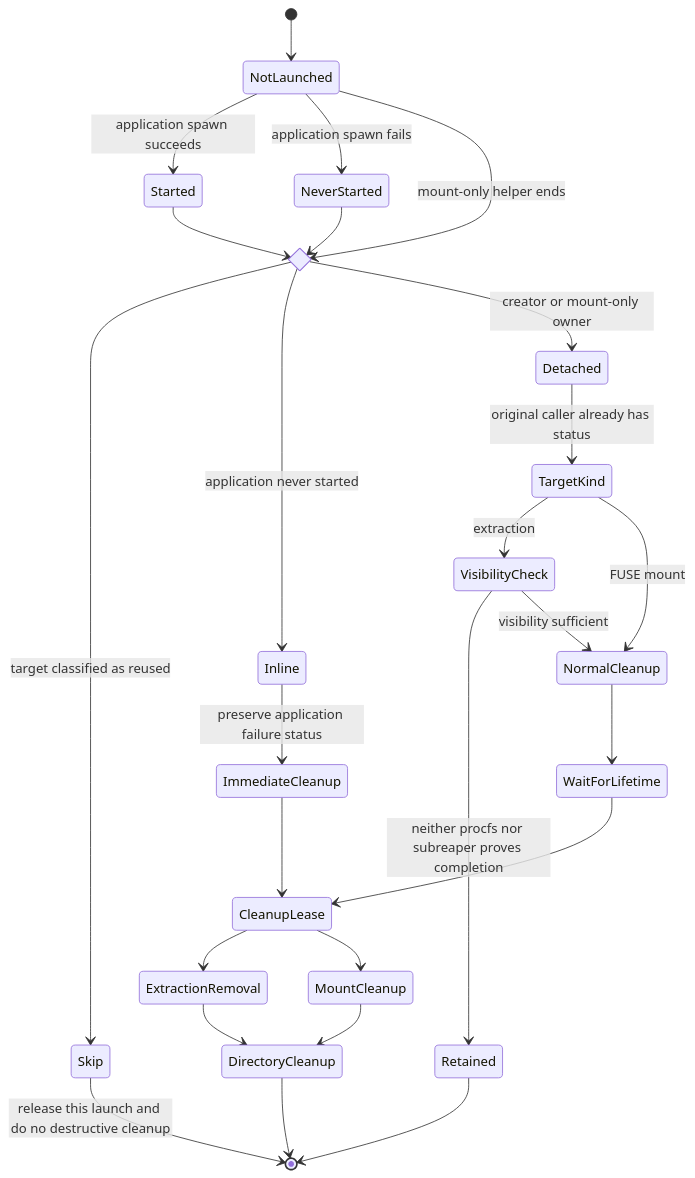
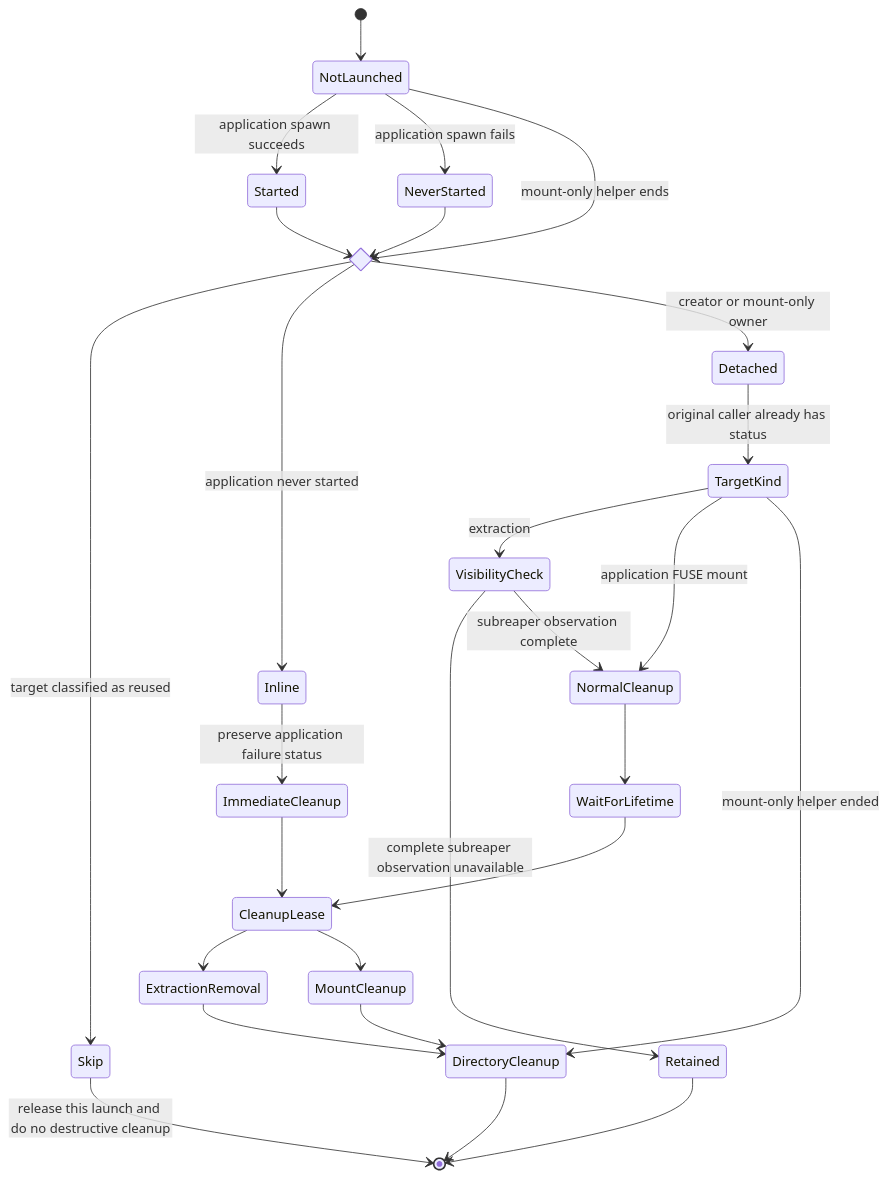
Before and after one commit to VHSgunzo/uruntime: the fifth of 6 diagrams in docs/APPLICATION_LIFECYCLE.md, drawn with Mermaid. The commit also changed other lines of this file and 13 other files, not shown here.

````diff
--- a/docs/APPLICATION_LIFECYCLE.md
+++ b/docs/APPLICATION_LIFECYCLE.md
@@ -656,34 +667,35 @@
 ```mermaid
 stateDiagram-v2
     [*] --> NotLaunched
     NotLaunched --> Started: application spawn succeeds
     NotLaunched --> NeverStarted: application spawn fails
 
     state ownership <<choice>>
     Started --> ownership
     NeverStarted --> ownership
     NotLaunched --> ownership: mount-only helper ends
 
     ownership --> Skip: target classified as reused
     ownership --> Inline: application never started
     ownership --> Detached: creator or mount-only owner
 
     Skip --> [*]: release this launch and do no destructive cleanup
     Inline --> ImmediateCleanup: preserve application failure status
     Detached --> TargetKind: original caller already has status
 
     state TargetKind <<choice>>
     TargetKind --> VisibilityCheck: extraction
-    TargetKind --> NormalCleanup: FUSE mount
-    VisibilityCheck --> Retained: neither procfs nor subreaper proves completion
-    VisibilityCheck --> NormalCleanup: visibility sufficient
+    TargetKind --> NormalCleanup: application FUSE mount
+    TargetKind --> DirectoryCleanup: mount-only helper ended
+    VisibilityCheck --> Retained: complete subreaper observation unavailable
+    VisibilityCheck --> NormalCleanup: subreaper observation complete
     ImmediateCleanup --> CleanupLease
     NormalCleanup --> WaitForLifetime
     WaitForLifetime --> CleanupLease
     CleanupLease --> ExtractionRemoval
     CleanupLease --> MountCleanup
     ExtractionRemoval --> DirectoryCleanup
     MountCleanup --> DirectoryCleanup
     Retained --> [*]
     DirectoryCleanup --> [*]
 ```
````
